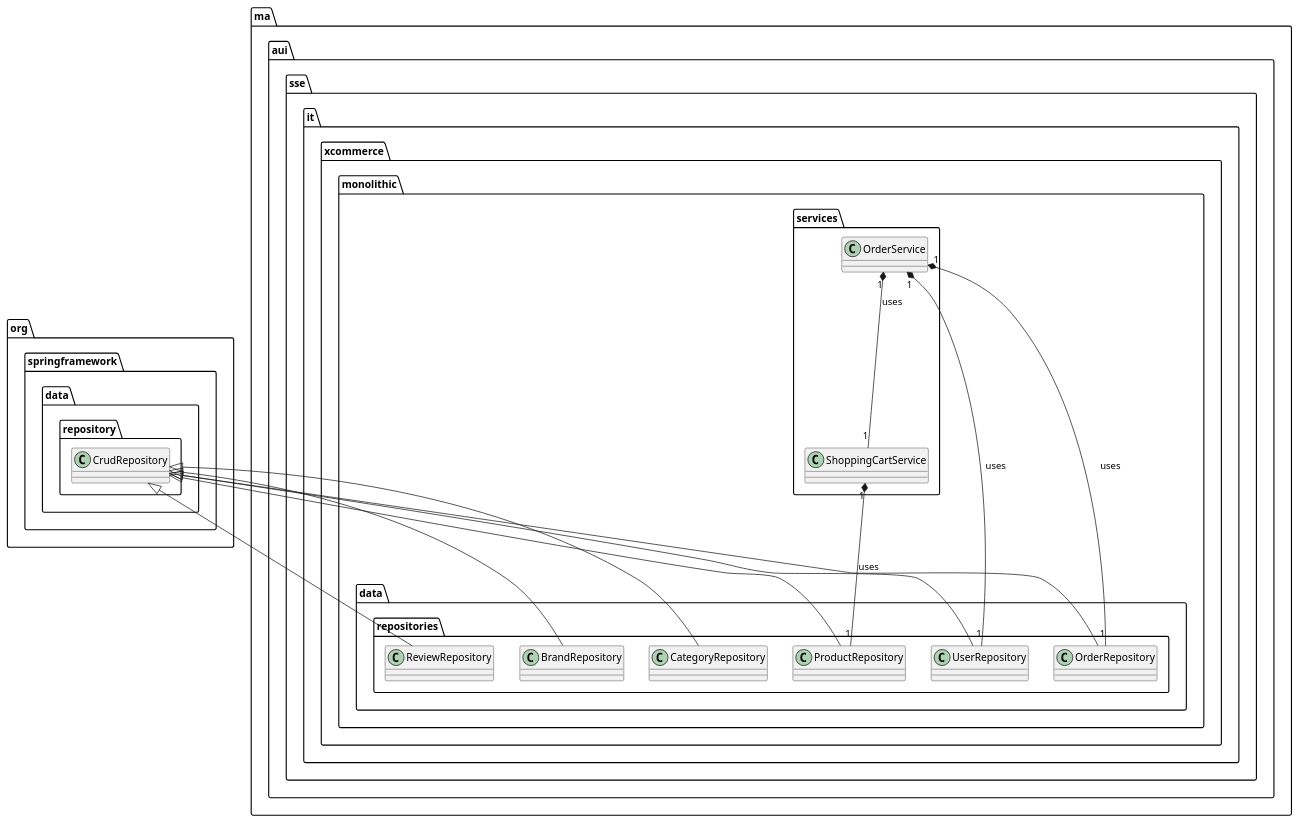
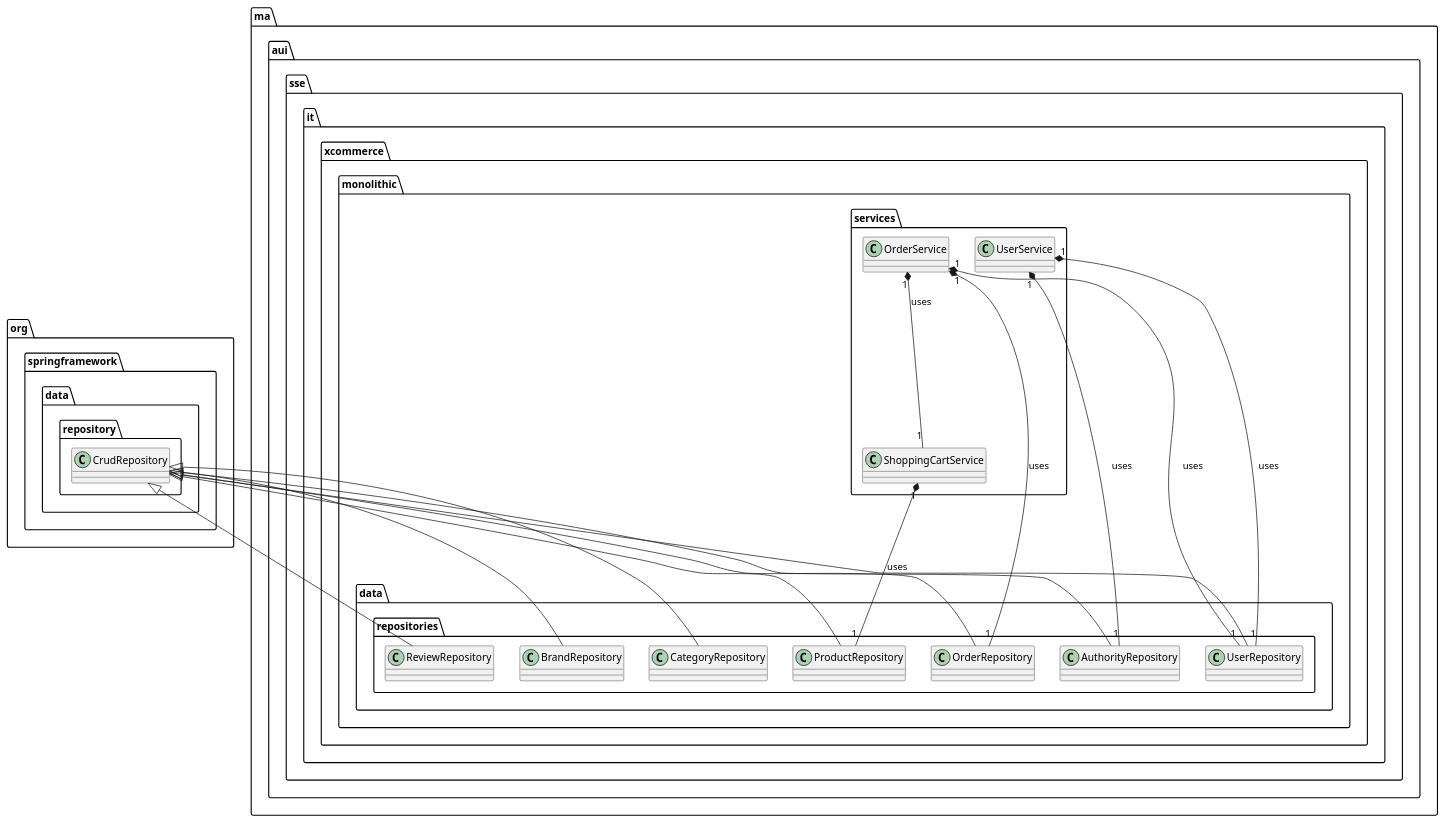
The second of 2 diagrams in final/src/main/resources/diagram.class.wsd (oiraqi/xcommerce-monolithic), drawn with PlantUML before and after one commit. The commit also changed other lines of this file and 3 other files, not shown here.

```diff
--- a/final/src/main/resources/diagram.class.wsd
+++ b/final/src/main/resources/diagram.class.wsd
@@ -16,12 +17,15 @@
 @startuml RepositoriesServicesClassDiagram
 org.springframework.data.repository.CrudRepository <|-- ma.aui.sse.it.xcommerce.monolithic.data.repositories.ProductRepository
 org.springframework.data.repository.CrudRepository <|-- ma.aui.sse.it.xcommerce.monolithic.data.repositories.BrandRepository
 org.springframework.data.repository.CrudRepository <|-- ma.aui.sse.it.xcommerce.monolithic.data.repositories.CategoryRepository
 org.springframework.data.repository.CrudRepository <|-- ma.aui.sse.it.xcommerce.monolithic.data.repositories.UserRepository
+org.springframework.data.repository.CrudRepository <|-- ma.aui.sse.it.xcommerce.monolithic.data.repositories.AuthorityRepository
 org.springframework.data.repository.CrudRepository <|-- ma.aui.sse.it.xcommerce.monolithic.data.repositories.OrderRepository
 org.springframework.data.repository.CrudRepository <|-- ma.aui.sse.it.xcommerce.monolithic.data.repositories.ReviewRepository
 ma.aui.sse.it.xcommerce.monolithic.services.ShoppingCartService "1" *-- "1" ma.aui.sse.it.xcommerce.monolithic.data.repositories.ProductRepository : uses
 ma.aui.sse.it.xcommerce.monolithic.services.OrderService "1" *-- "1" ma.aui.sse.it.xcommerce.monolithic.services.ShoppingCartService : uses
 ma.aui.sse.it.xcommerce.monolithic.services.OrderService "1" *-- "1" ma.aui.sse.it.xcommerce.monolithic.data.repositories.UserRepository : uses
 ma.aui.sse.it.xcommerce.monolithic.services.OrderService "1" *-- "1" ma.aui.sse.it.xcommerce.monolithic.data.repositories.OrderRepository : uses
+ma.aui.sse.it.xcommerce.monolithic.services.UserService "1" *-- "1" ma.aui.sse.it.xcommerce.monolithic.data.repositories.UserRepository : uses
+ma.aui.sse.it.xcommerce.monolithic.services.UserService "1" *-- "1" ma.aui.sse.it.xcommerce.monolithic.data.repositories.AuthorityRepository : uses
 @enduml
```
